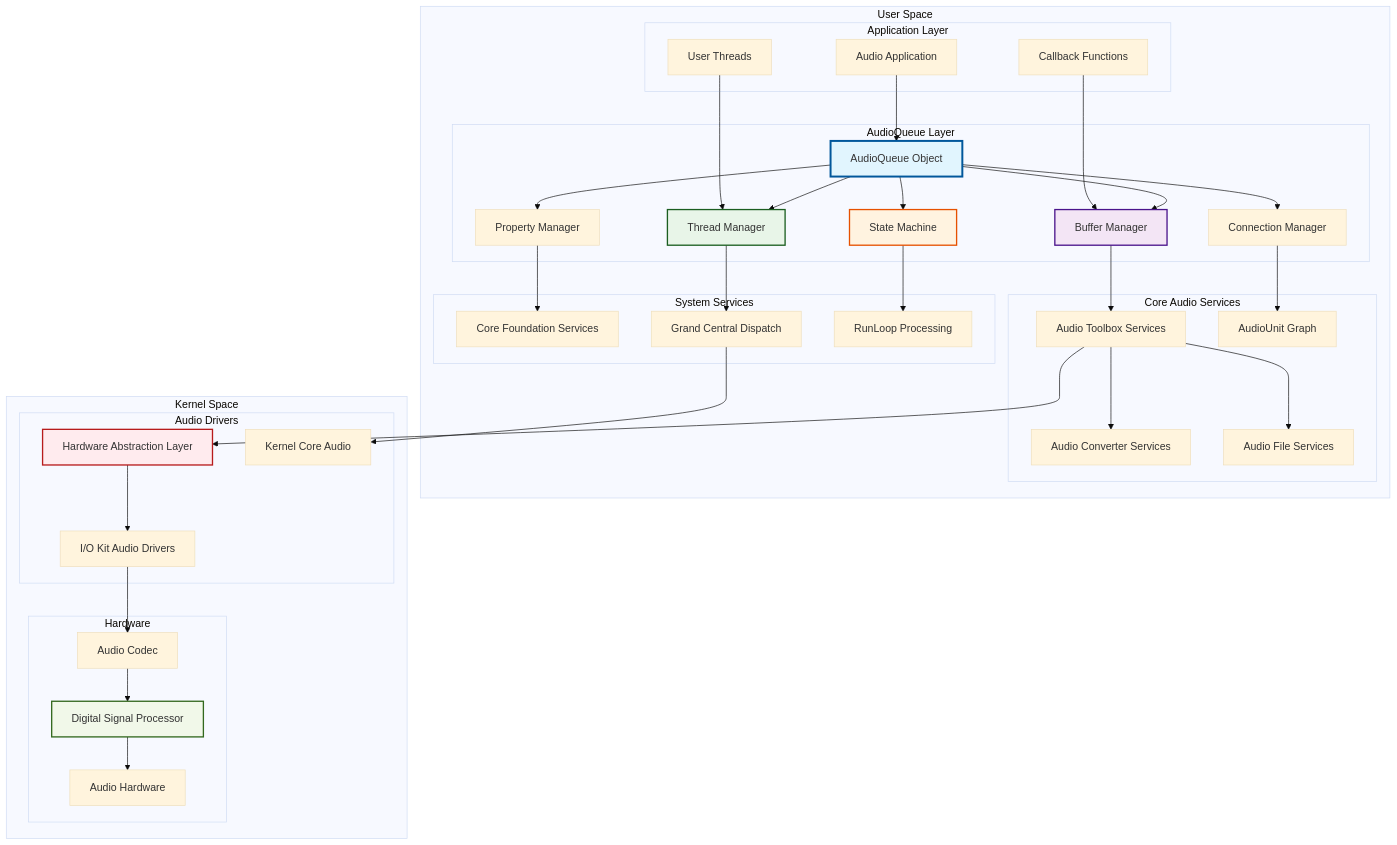
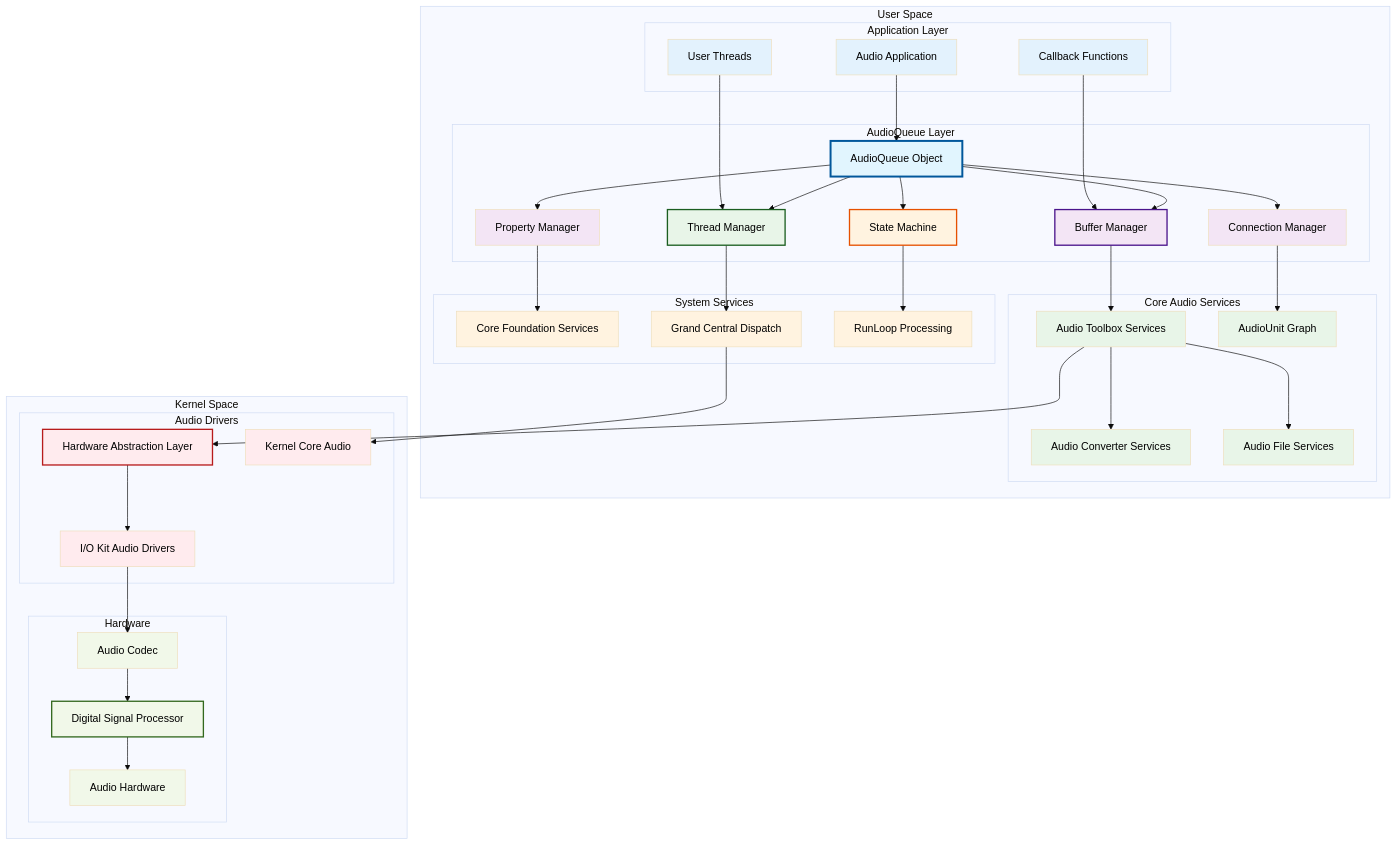
One commit to Dtheme/ohmy408 changed the fourth of 10 diagrams in ohmy408/datas.bundle/音频开发/1.2 AudioQueue技术原理和使用.md. Above: the diagram before and after it, drawn with Mermaid (base theme). The commit also changed other lines of this file and 7 other files, not shown here.

````diff
--- a/ohmy408/datas.bundle/音频开发/1.2 AudioQueue技术原理和使用.md
+++ b/ohmy408/datas.bundle/音频开发/1.2 AudioQueue技术原理和使用.md
@@ -173,10 +278,26 @@
     CODEC --> DSP
     DSP --> HW
     
-    style AQ fill:#e1f5fe,stroke:#01579b,stroke-width:3px
-    style BM fill:#f3e5f5,stroke:#4a148c,stroke-width:2px
-    style TM fill:#e8f5e8,stroke:#1b5e20,stroke-width:2px
-    style SM fill:#fff3e0,stroke:#e65100,stroke-width:2px
-    style HAL fill:#ffebee,stroke:#b71c1c,stroke-width:2px
-    style DSP fill:#f1f8e9,stroke:#33691e,stroke-width:2px
+    style AQ fill:#e1f5fe,stroke:#01579b,stroke-width:3px,color:#000
+    style BM fill:#f3e5f5,stroke:#4a148c,stroke-width:2px,color:#000
+    style TM fill:#e8f5e8,stroke:#1b5e20,stroke-width:2px,color:#000
+    style SM fill:#fff3e0,stroke:#e65100,stroke-width:2px,color:#000
+    style HAL fill:#ffebee,stroke:#b71c1c,stroke-width:2px,color:#000
+    style DSP fill:#f1f8e9,stroke:#33691e,stroke-width:2px,color:#000
+    style APP fill:#e3f2fd,color:#000
+    style CB fill:#e3f2fd,color:#000
+    style THR fill:#e3f2fd,color:#000
+    style CM fill:#f3e5f5,color:#000
+    style PM fill:#f3e5f5,color:#000
+    style ATS fill:#e8f5e8,color:#000
+    style ACS fill:#e8f5e8,color:#000
+    style AFS fill:#e8f5e8,color:#000
+    style AUG fill:#e8f5e8,color:#000
+    style CFS fill:#fff3e0,color:#000
+    style GCD fill:#fff3e0,color:#000
+    style RLP fill:#fff3e0,color:#000
+    style IOK fill:#ffebee,color:#000
+    style KCO fill:#ffebee,color:#000
+    style CODEC fill:#f1f8e9,color:#000
+    style HW fill:#f1f8e9,color:#000
 ```
````
